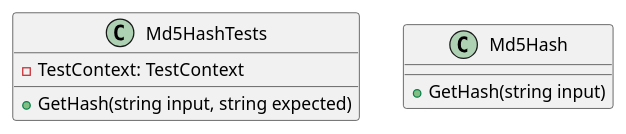
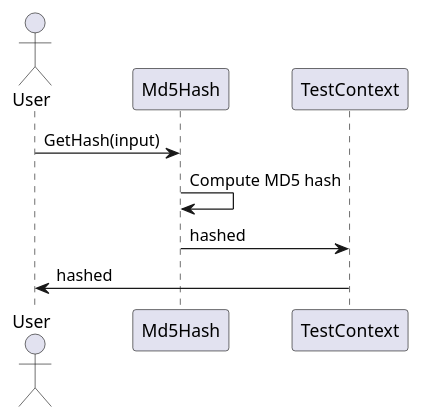
One commit to mwwhited-forks/dotnet-libs changed the second of 3 diagrams in docs/generated/Framework/Eliassen.System.Tests/Security/Cryptography/Documentation.md. Above: the diagram before and after it, drawn with PlantUML. The commit also changed other lines of this file and 444 other files, not shown here.

````diff
--- a/docs/generated/Framework/Eliassen.System.Tests/Security/Cryptography/Documentation.md
+++ b/docs/generated/Framework/Eliassen.System.Tests/Security/Cryptography/Documentation.md
@@ -44,12 +111,14 @@
 ```plantuml
 @startuml
-class Md5HashTests {
-  -TestContext: TestContext
-  +GetHash(string input, string expected)
-}
+actor User
+participant Md5Hash as Hash
+participant TestContext as TestContext
 
-class Md5Hash {
-  +GetHash(string input)
-}
+User -> Hash: GetHash(input)
+Hash -> Hash: Compute MD5 hash
+Hash -> TestContext: hashed
+
+TestContext -> User: hashed
+
 @enduml
 ```
````
